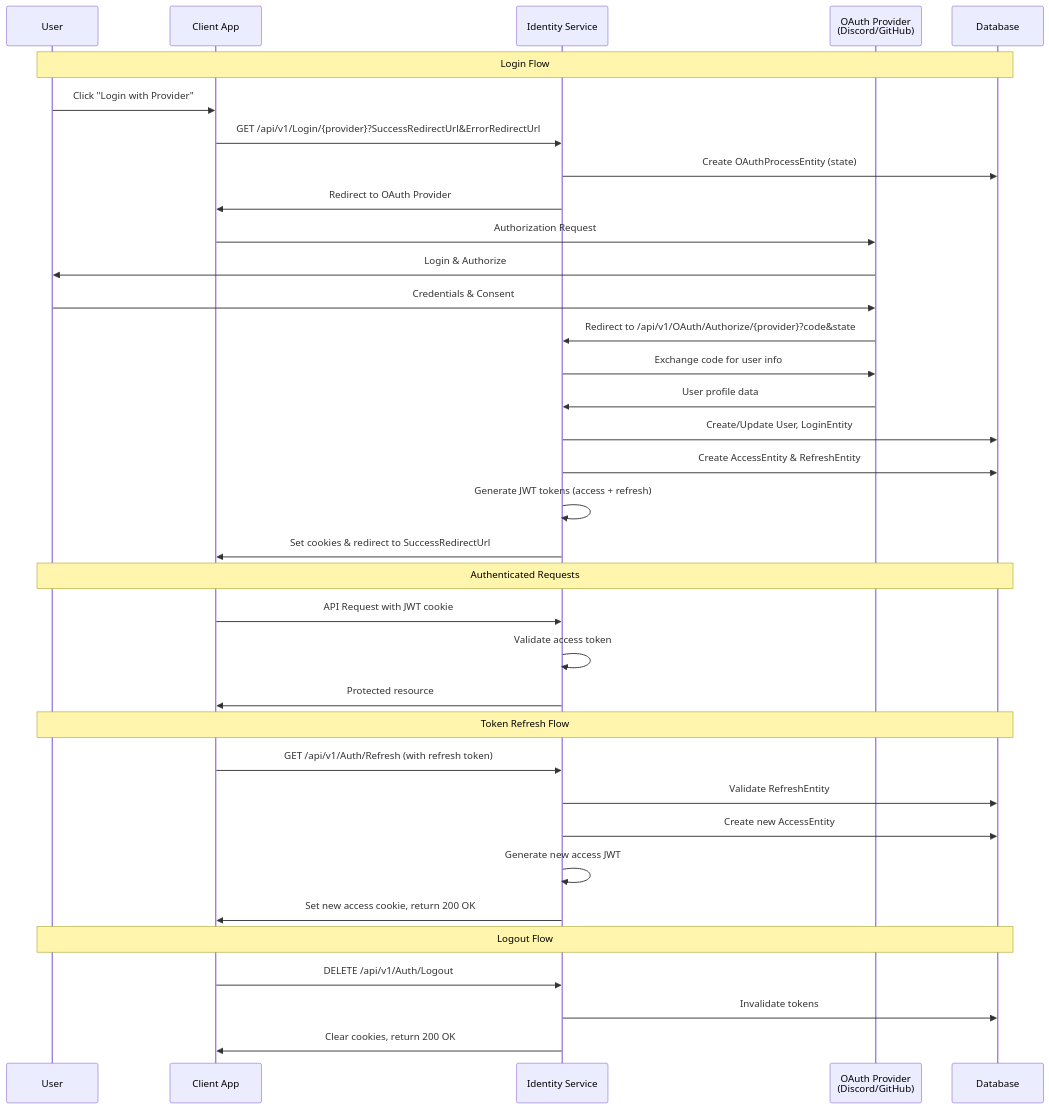
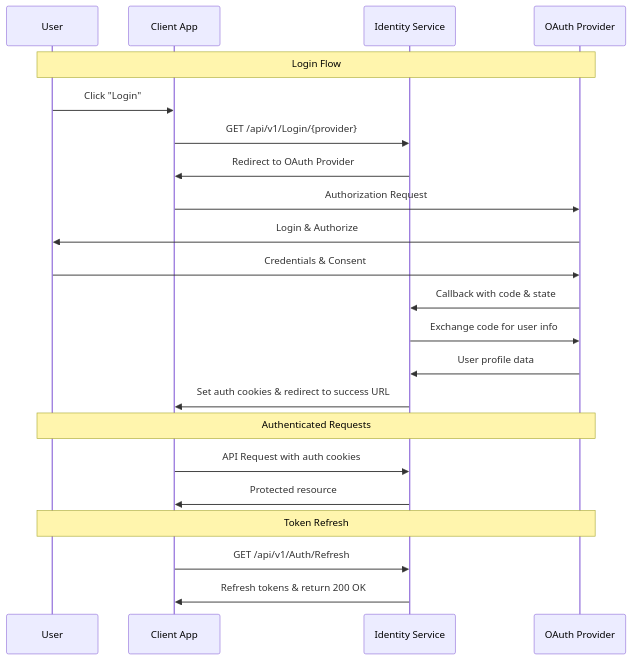
Before and after one commit to CarlMichelsen/Identity: the diagram in README.md, drawn with Mermaid. The commit also changed other lines of this file and 1 other file, not shown here.

Commit message:
README changes

````diff
--- a/README.md
+++ b/README.md
@@ -38,41 +38,27 @@
 ```mermaid
 sequenceDiagram
     participant User
     participant Client as Client App
-    participant Identity as Identity Service
-    participant Provider as OAuth Provider<br/>(Discord/GitHub)
-    participant DB as Database
+    participant API as Identity Service
+    participant Provider as OAuth Provider
 
-    Note over User,DB: Login Flow
-    User->>Client: Click "Login with Provider"
-    Client->>Identity: GET /api/v1/Login/{provider}?SuccessRedirectUrl&ErrorRedirectUrl
-    Identity->>DB: Create OAuthProcessEntity (state)
-    Identity->>Client: Redirect to OAuth Provider
+    Note over User,Provider: Login Flow
+    User->>Client: Click "Login"
+    Client->>API: GET /api/v1/Login/{provider}
+    API->>Client: Redirect to OAuth Provider
     Client->>Provider: Authorization Request
     Provider->>User: Login & Authorize
     User->>Provider: Credentials & Consent
-    Provider->>Identity: Redirect to /api/v1/OAuth/Authorize/{provider}?code&state
-    Identity->>Provider: Exchange code for user info
-    Provider->>Identity: User profile data
-    Identity->>DB: Create/Update User, LoginEntity
-    Identity->>DB: Create AccessEntity & RefreshEntity
-    Identity->>Identity: Generate JWT tokens (access + refresh)
-    Identity->>Client: Set cookies & redirect to SuccessRedirectUrl
+    Provider->>API: Callback with code & state
+    API->>Provider: Exchange code for user info
+    Provider->>API: User profile data
+    API->>Client: Set auth cookies & redirect to success URL
     
-    Note over User,DB: Authenticated Requests
-    Client->>Identity: API Request with JWT cookie
-    Identity->>Identity: Validate access token
-    Identity->>Client: Protected resource
+    Note over User,Provider: Authenticated Requests
+    Client->>API: API Request with auth cookies
+    API->>Client: Protected resource
 
-    Note over User,DB: Token Refresh Flow
-    Client->>Identity: GET /api/v1/Auth/Refresh (with refresh token)
-    Identity->>DB: Validate RefreshEntity
-    Identity->>DB: Create new AccessEntity
-    Identity->>Identity: Generate new access JWT
-    Identity->>Client: Set new access cookie, return 200 OK
-
-    Note over User,DB: Logout Flow
-    Client->>Identity: DELETE /api/v1/Auth/Logout
-    Identity->>DB: Invalidate tokens
-    Identity->>Client: Clear cookies, return 200 OK
+    Note over User,Provider: Token Refresh
+    Client->>API: GET /api/v1/Auth/Refresh
+    API->>Client: Refresh tokens & return 200 OK
 ```
````
